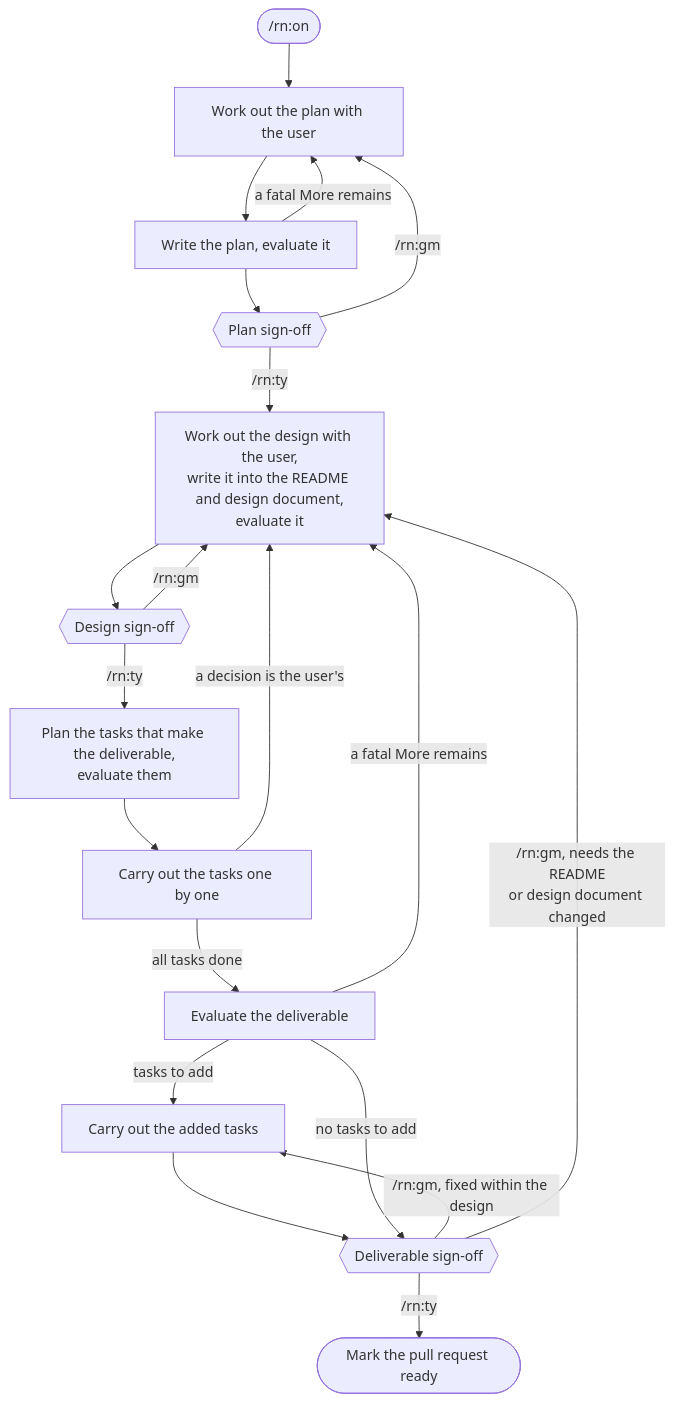
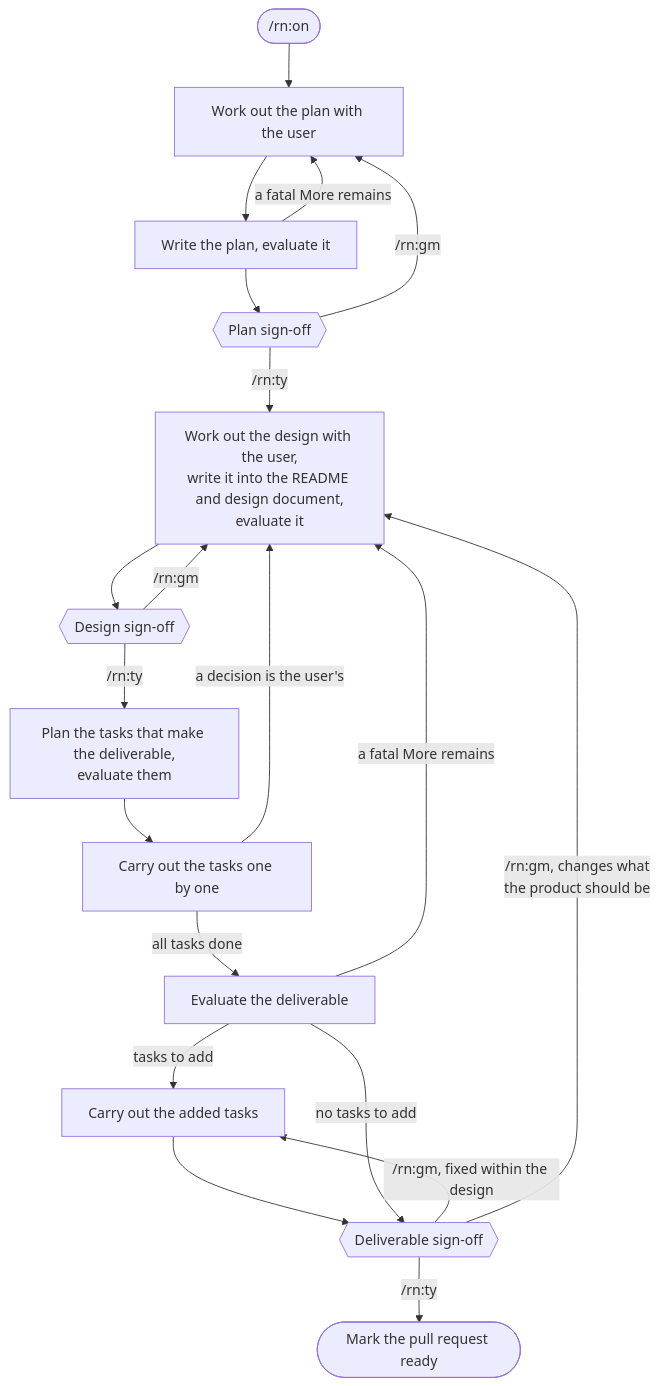
The first of 5 diagrams in rn/docs/design.md (lovaizu/ccpm), drawn with Mermaid before and after one commit. The commit also changed other lines of this file and 1 other file, not shown here.

````diff
--- a/rn/docs/design.md
+++ b/rn/docs/design.md
@@ -17,32 +17,32 @@
 ```mermaid
 flowchart TD
     ON(["/rn:on"])
     W["Work out the plan with the user"]
     P["Write the plan, evaluate it"]
     PS{{"Plan sign-off"}}
     D["Work out the design with the user,<br/>write it into the README and design document,<br/>evaluate it"]
     DS{{"Design sign-off"}}
     P2["Plan the tasks that make the deliverable,<br/>evaluate them"]
     T["Carry out the tasks one by one"]
     EV["Evaluate the deliverable"]
     T2["Carry out the added tasks"]
     FS{{"Deliverable sign-off"}}
     END(["Mark the pull request ready"])
     ON --> W --> P --> PS
     P -->|"a fatal More remains"| W
     PS -->|"/rn:gm"| W
     PS -->|"/rn:ty"| D
     D --> DS
     DS -->|"/rn:gm"| D
     DS -->|"/rn:ty"| P2
     P2 --> T
     T -->|"a decision is the user's"| D
     T -->|"all tasks done"| EV
     EV -->|"tasks to add"| T2
     EV -->|"a fatal More remains"| D
     T2 --> FS
     EV -->|"no tasks to add"| FS
     FS -->|"/rn:gm, fixed within the design"| T2
-    FS -->|"/rn:gm, needs the README<br/>or design document changed"| D
+    FS -->|"/rn:gm, changes what<br/>the product should be"| D
     FS -->|"/rn:ty"| END
 ```
````
